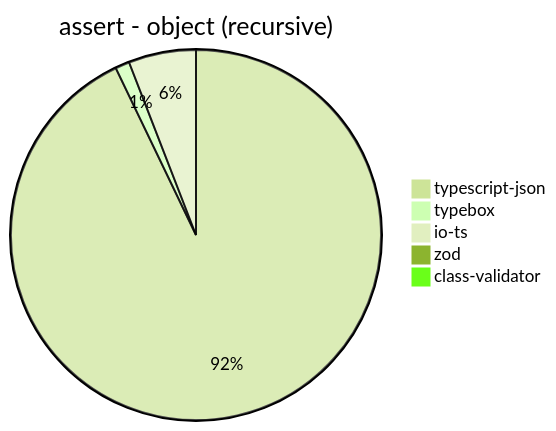
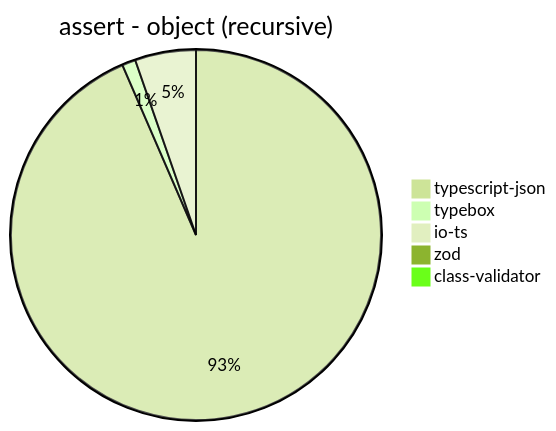
The tenth of 39 diagrams in benchmark/results/11th Gen Intel(R) Core(TM) i5-1135G7 @ 2.40GHz.md (samchon/typia), drawn with Mermaid (forest theme) before and after one commit. The commit also changed other lines of this file and 177 other files, not shown here.

````diff
--- a/benchmark/results/11th Gen Intel(R) Core(TM) i5-1135G7 @ 2.40GHz.md
+++ b/benchmark/results/11th Gen Intel(R) Core(TM) i5-1135G7 @ 2.40GHz.md
@@ -136,8 +136,8 @@
 ```mermaid
 pie title assert - object (recursive)
-  "typescript-json": 25530.47042052744
-  "typebox": 342.6842684268427
-  "io-ts": 1617.6205091171691
-  "zod": 78.80844645550528
-  "class-validator": 39.41068139963168
+  "typescript-json": 26125.910140294796
+  "typebox": 330.093592512599
+  "io-ts": 1487.0828848223898
+  "zod": 71.29420617005268
+  "class-validator": 39.17564054957297
 ```
````
